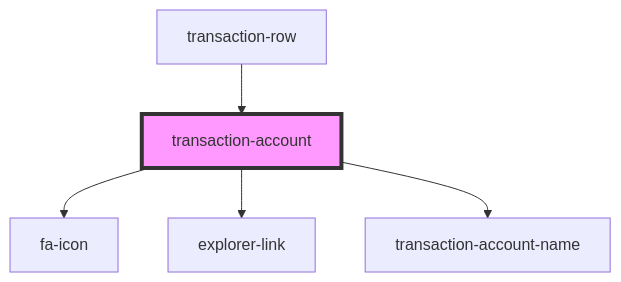
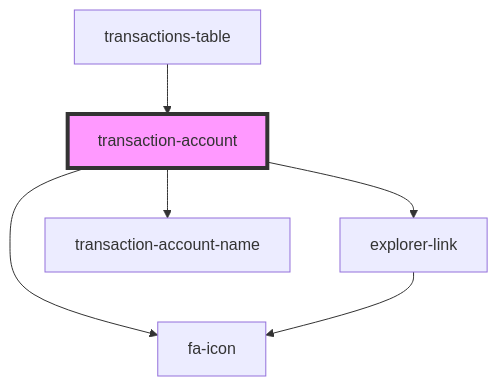
The diagram in src/components/transactions-table/components/transaction-account/readme.md (multiversx/mx-sdk-dapp-ui), drawn with Mermaid before and after one commit. The commit also changed other lines of this file and 54 other files, not shown here.

Commit message:
Added transactions table styling

````diff
--- a/src/components/transactions-table/components/transaction-account/readme.md
+++ b/src/components/transactions-table/components/transaction-account/readme.md
@@ -32,8 +32,9 @@
 ```mermaid
 graph TD;
   transaction-account --> fa-icon
   transaction-account --> explorer-link
   transaction-account --> transaction-account-name
-  transaction-row --> transaction-account
+  explorer-link --> fa-icon
+  transactions-table --> transaction-account
   style transaction-account fill:#f9f,stroke:#333,stroke-width:4px
 ```
````
